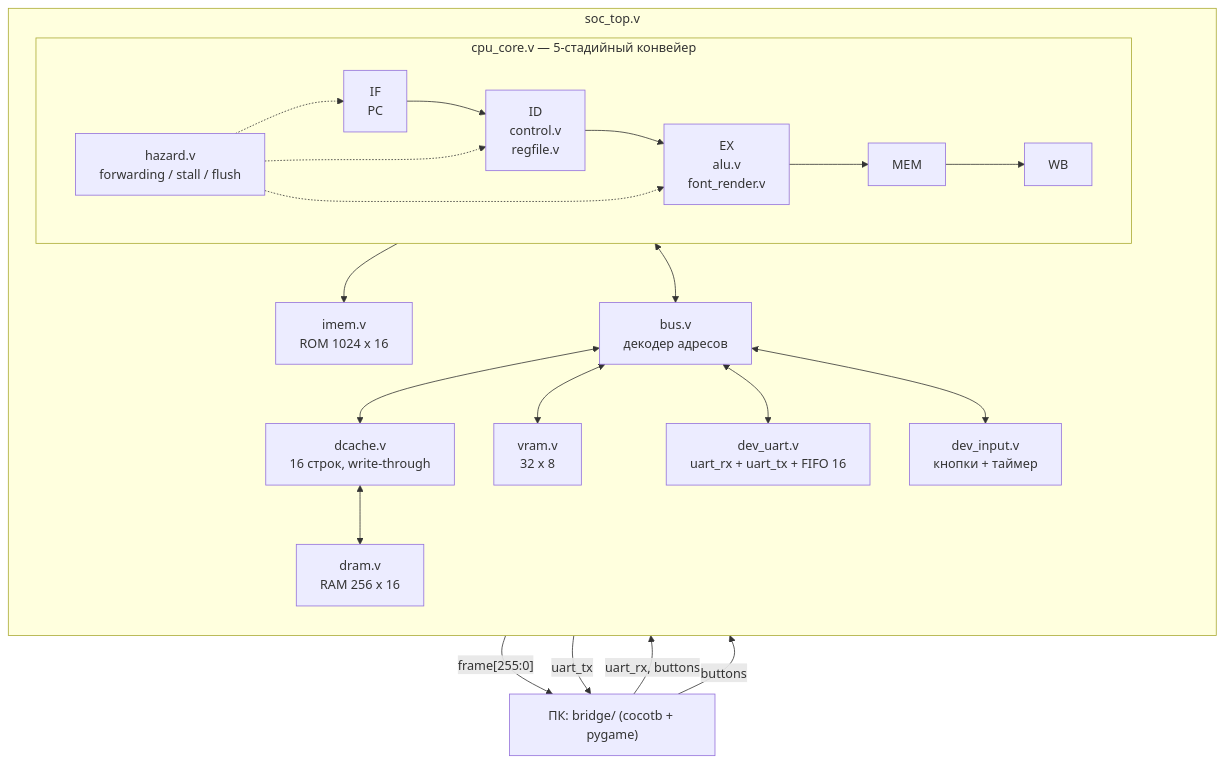
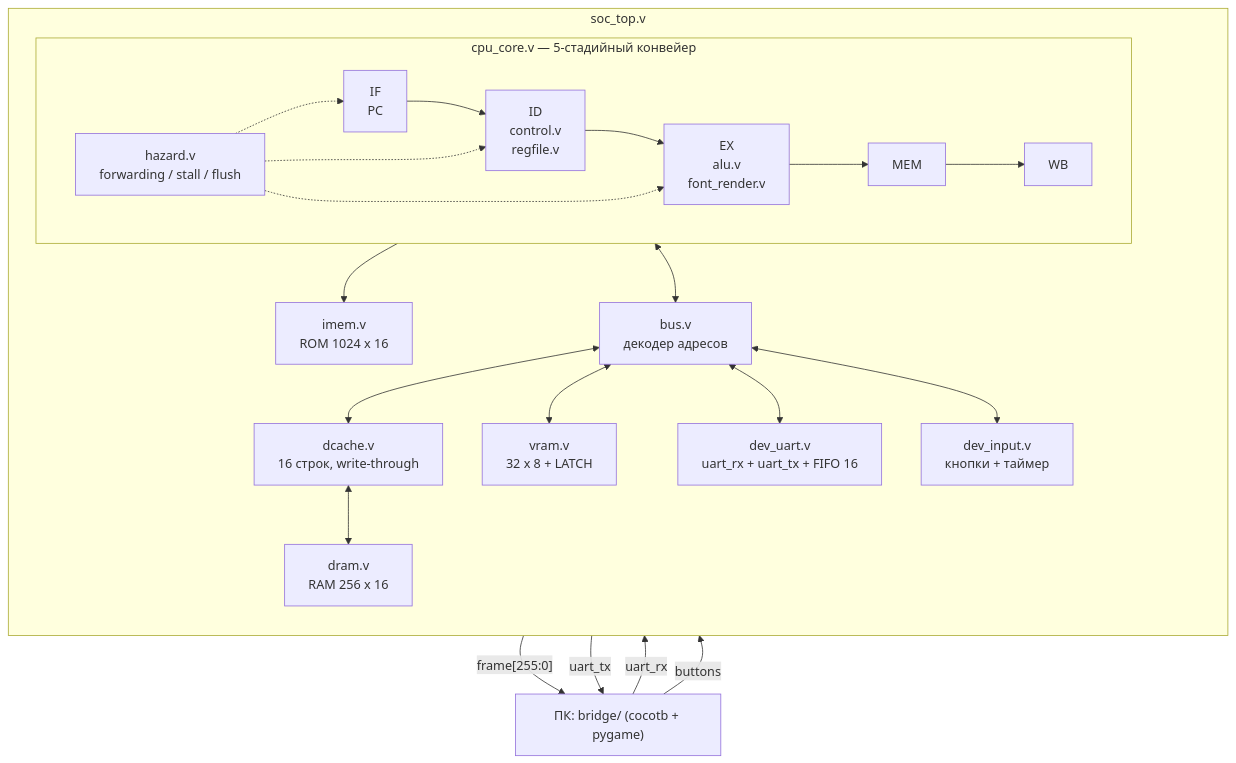
Before and after one commit to redblan/vs-asoiu-coursework: the diagram in docs/ARCH.md, drawn with Mermaid. The commit also changed other lines of this file and 23 other files, not shown here.

````diff
--- a/docs/ARCH.md
+++ b/docs/ARCH.md
@@ -5,32 +5,32 @@
 ```mermaid
 flowchart TB
     subgraph SOC["soc_top.v"]
         direction TB
         subgraph CORE["cpu_core.v — 5-стадийный конвейер"]
             direction LR
             IF["IF<br/>PC"] --> ID["ID<br/>control.v<br/>regfile.v"] --> EX["EX<br/>alu.v<br/>font_render.v"] --> MEM["MEM"] --> WB["WB"]
             HZ["hazard.v<br/>forwarding / stall / flush"]
             HZ -.-> IF
             HZ -.-> ID
             HZ -.-> EX
         end
         IMEM["imem.v<br/>ROM 1024 x 16"]
         BUS["bus.v<br/>декодер адресов"]
         CACHE["dcache.v<br/>16 строк, write-through"]
         RAM["dram.v<br/>RAM 256 x 16"]
-        VRAM["vram.v<br/>32 x 8"]
+        VRAM["vram.v<br/>32 x 8 + LATCH"]
         UART["dev_uart.v<br/>uart_rx + uart_tx + FIFO 16"]
         INP["dev_input.v<br/>кнопки + таймер"]
         IF --> IMEM
         MEM <--> BUS
         BUS <--> CACHE <--> RAM
         BUS <--> VRAM
         BUS <--> UART
         BUS <--> INP
     end
     PC["ПК: bridge/ (cocotb + pygame)"]
     VRAM -- "frame[255:0]" --> PC
-    PC -- "uart_rx, buttons" --> UART
+    PC -- "uart_rx" --> UART
     PC -- "buttons" --> INP
     UART -- "uart_tx" --> PC
 ```
````
